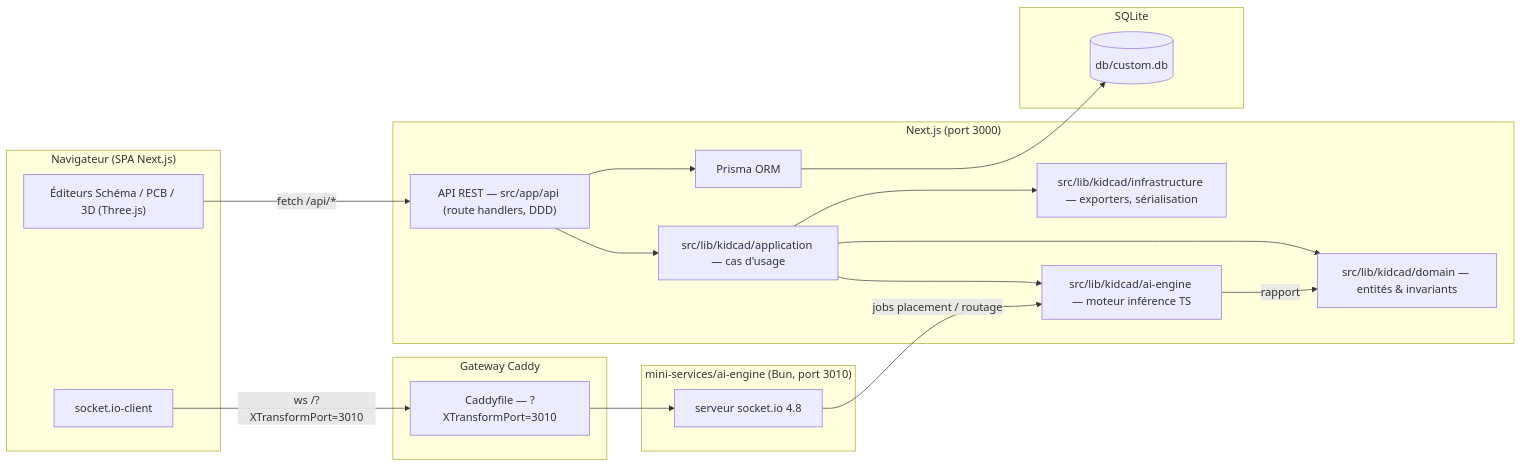
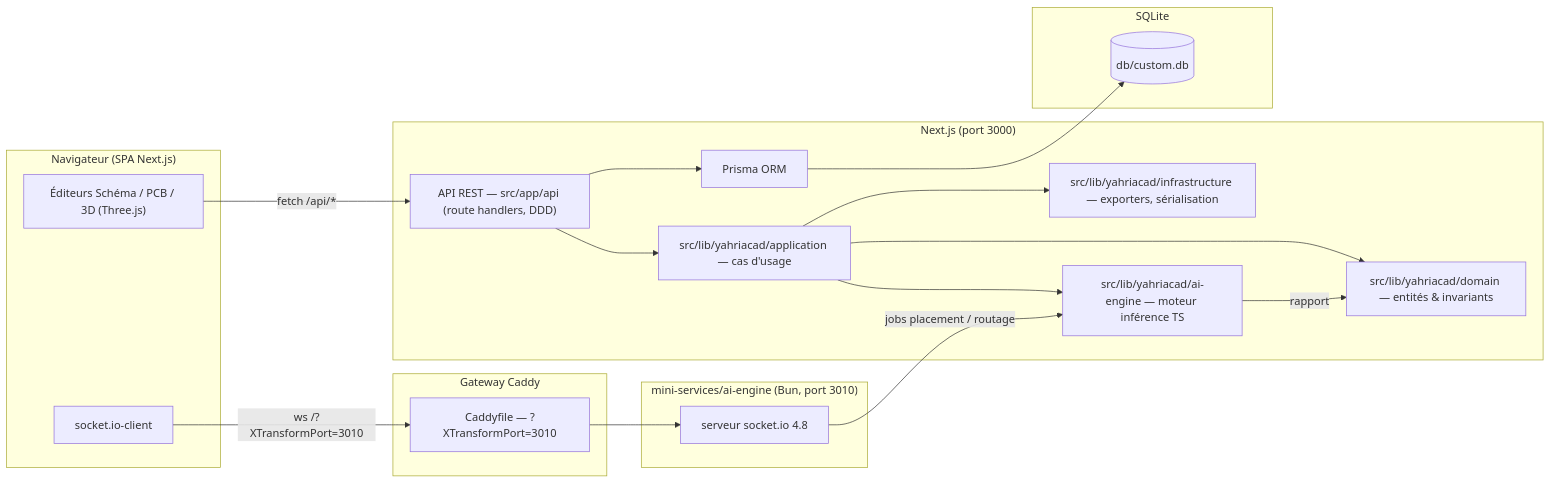
The first of 2 diagrams in docs/architecture/architecture.md (assihervey-coder/IA-PCB), drawn with Mermaid before and after one commit. The commit also changed other lines of this file and 480 other files, not shown here.

````diff
--- a/docs/architecture/architecture.md
+++ b/docs/architecture/architecture.md
@@ -11,38 +11,38 @@
 ```mermaid
 flowchart LR
     subgraph Client["Navigateur (SPA Next.js)"]
         UI["Éditeurs Schéma / PCB / 3D (Three.js)"]
         SC["socket.io-client"]
     end
 
     subgraph App["Next.js (port 3000)"]
         REST["API REST — src/app/api (route handlers, DDD)"]
-        APP["src/lib/kidcad/application — cas d'usage"]
-        DOM["src/lib/kidcad/domain — entités & invariants"]
-        INFRA["src/lib/kidcad/infrastructure — exporters, sérialisation"]
-        AITS["src/lib/kidcad/ai-engine — moteur inférence TS"]
+        APP["src/lib/yahriacad/application — cas d'usage"]
+        DOM["src/lib/yahriacad/domain — entités & invariants"]
+        INFRA["src/lib/yahriacad/infrastructure — exporters, sérialisation"]
+        AITS["src/lib/yahriacad/ai-engine — moteur inférence TS"]
         PRISMA["Prisma ORM"]
     end
 
     subgraph DB["SQLite"]
         DBFILE[("db/custom.db")]
     end
 
     subgraph GW["Gateway Caddy"]
         CADDY["Caddyfile — ?XTransformPort=3010"]
     end
 
     subgraph AI["mini-services/ai-engine (Bun, port 3010)"]
         SIO["serveur socket.io 4.8"]
     end
 
     UI -->|"fetch /api/*"| REST
     REST --> APP
     APP --> DOM
     APP --> INFRA
     APP --> AITS
     REST --> PRISMA --> DBFILE
     SC -->|"ws /?XTransformPort=3010"| CADDY --> SIO
     SIO -->|"jobs placement / routage"| AITS
     AITS -->|"rapport"| DOM
 ```
````
